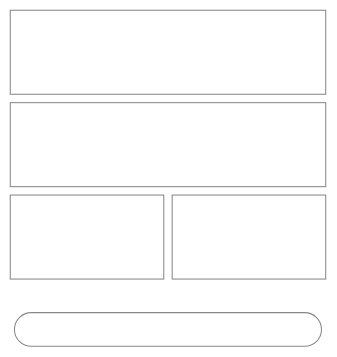
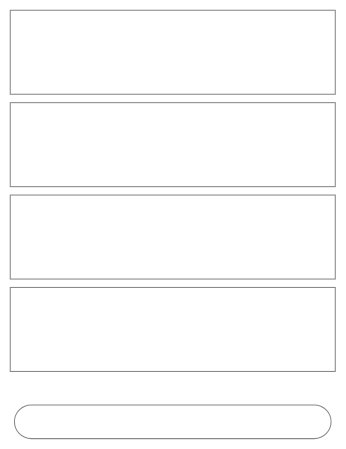
Before and after one commit to NovaMoonX/moondreams-dev-apps: the sixth of 23 diagrams in src/apps/waypoint/UX.md, drawn with Mermaid. The commit also changed other lines of this file and 4 other files, not shown here.

````diff
--- a/src/apps/waypoint/UX.md
+++ b/src/apps/waypoint/UX.md
@@ -132,15 +132,15 @@
 ```mermaid
 %%{init: {'theme': 'base', 'themeVariables': {'primaryColor': 'transparent', 'primaryBorderColor': '#888888', 'primaryTextColor': '#333333', 'lineColor': '#888888'}}}%%
 block-beta
   columns 2
+  Pills["Members · Checklist · Stays · Rentals"]:2
   CheckIn["CHECKING IN TODAY<br/>🛏️ Hotel · 3 PM"]:2
   Agenda["TODAY<br/>✓ Breakfast · 8 AM<br/>🍜 Dinner · 6 PM"]:2
-  IdeasCollapsed["💡 Ideas (3 new) ▸"]:1
-  StaysRentals["Stays · Rentals ›"]:1
-  Pill(["● NOW · 12m left — Dinner      [Up next]"]):2
+  IdeasCollapsed["💡 Ideas (3 new) ▸"]:2
+  Pill(["● NOW · 12m left — Dinner  ›  [Up next]"]):2
+  style Pills fill:transparent,stroke:#888888,stroke-width:1px;
   style CheckIn fill:transparent,stroke:#888888,stroke-width:1px;
   style Agenda fill:transparent,stroke:#888888,stroke-width:1px;
   style IdeasCollapsed fill:transparent,stroke:#888888,stroke-width:1px;
-  style StaysRentals fill:transparent,stroke:#888888,stroke-width:1px;
   style Pill fill:transparent,stroke:#888888,stroke-width:1px;
 ```
````
